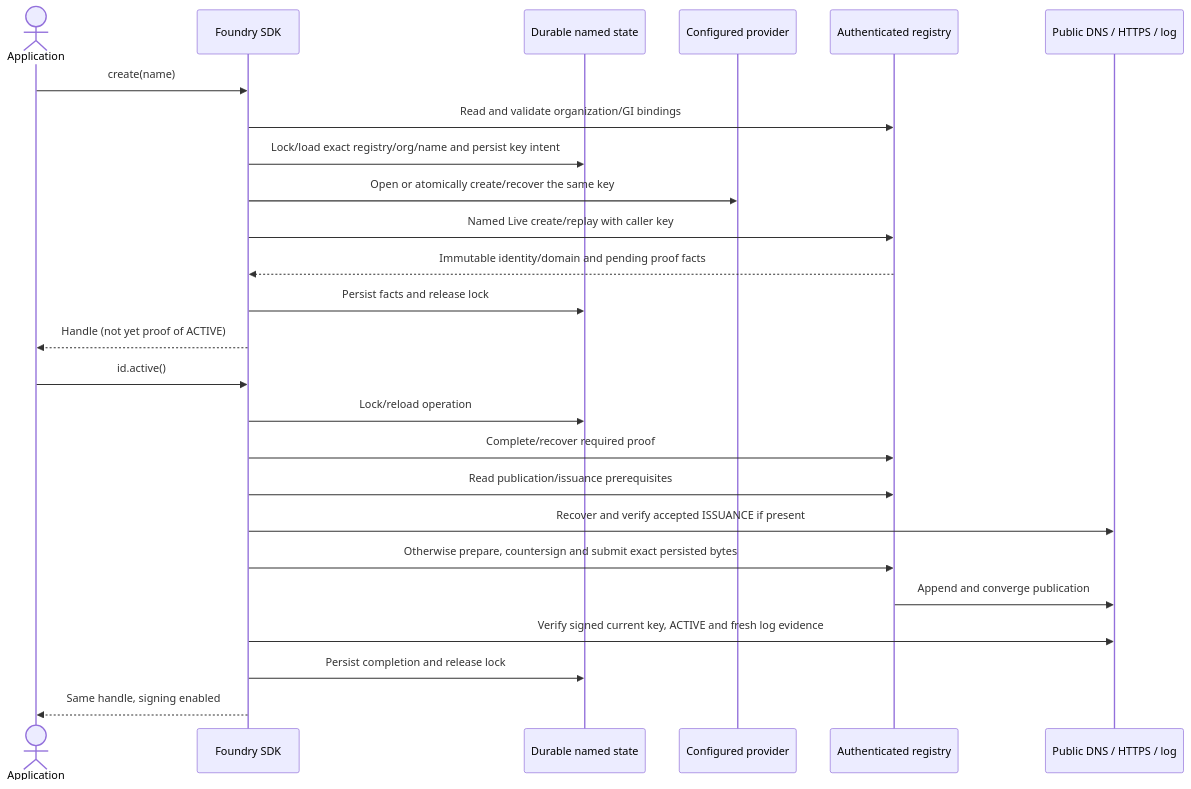
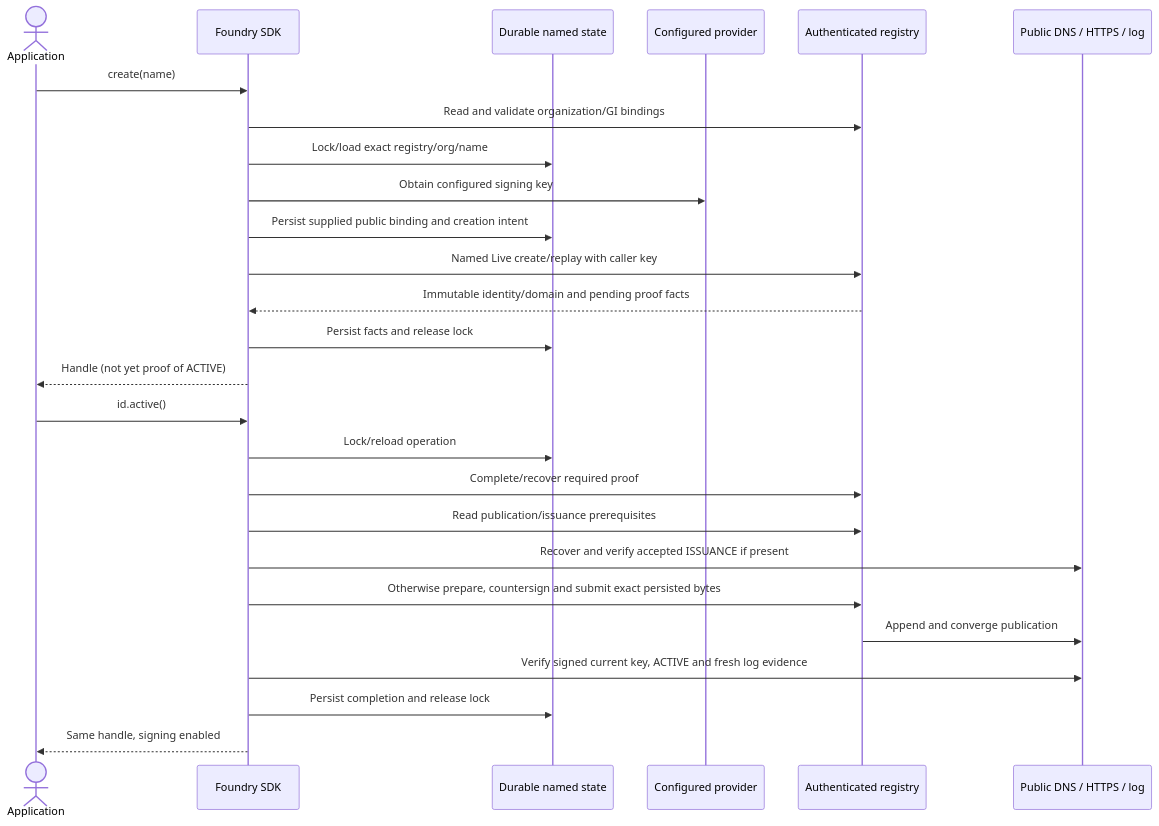
Before and after one commit to dnsid-ai/dnsid-sdk-compliance: the diagram in docs/managed-registration-server-requirements.md, drawn with Mermaid. The commit also changed other lines of this file and 5 other files, not shown here.

````diff
--- a/docs/managed-registration-server-requirements.md
+++ b/docs/managed-registration-server-requirements.md
@@ -33,28 +33,29 @@
 ```mermaid
 sequenceDiagram
     actor App as Application
     participant SDK as Foundry SDK
     participant State as Durable named state
     participant Keys as Configured provider
     participant Registry as Authenticated registry
     participant Public as Public DNS / HTTPS / log
 
     App->>SDK: create(name)
     SDK->>Registry: Read and validate organization/GI bindings
-    SDK->>State: Lock/load exact registry/org/name and persist key intent
-    SDK->>Keys: Open or atomically create/recover the same key
+    SDK->>State: Lock/load exact registry/org/name
+    SDK->>Keys: Obtain configured signing key
+    SDK->>State: Persist supplied public binding and creation intent
     SDK->>Registry: Named Live create/replay with caller key
     Registry-->>SDK: Immutable identity/domain and pending proof facts
     SDK->>State: Persist facts and release lock
     SDK-->>App: Handle (not yet proof of ACTIVE)
     App->>SDK: id.active()
     SDK->>State: Lock/reload operation
     SDK->>Registry: Complete/recover required proof
     SDK->>Registry: Read publication/issuance prerequisites
     SDK->>Public: Recover and verify accepted ISSUANCE if present
     SDK->>Registry: Otherwise prepare, countersign and submit exact persisted bytes
     Registry->>Public: Append and converge publication
     SDK->>Public: Verify signed current key, ACTIVE and fresh log evidence
     SDK->>State: Persist completion and release lock
     SDK-->>App: Same handle, signing enabled
 ```
````
